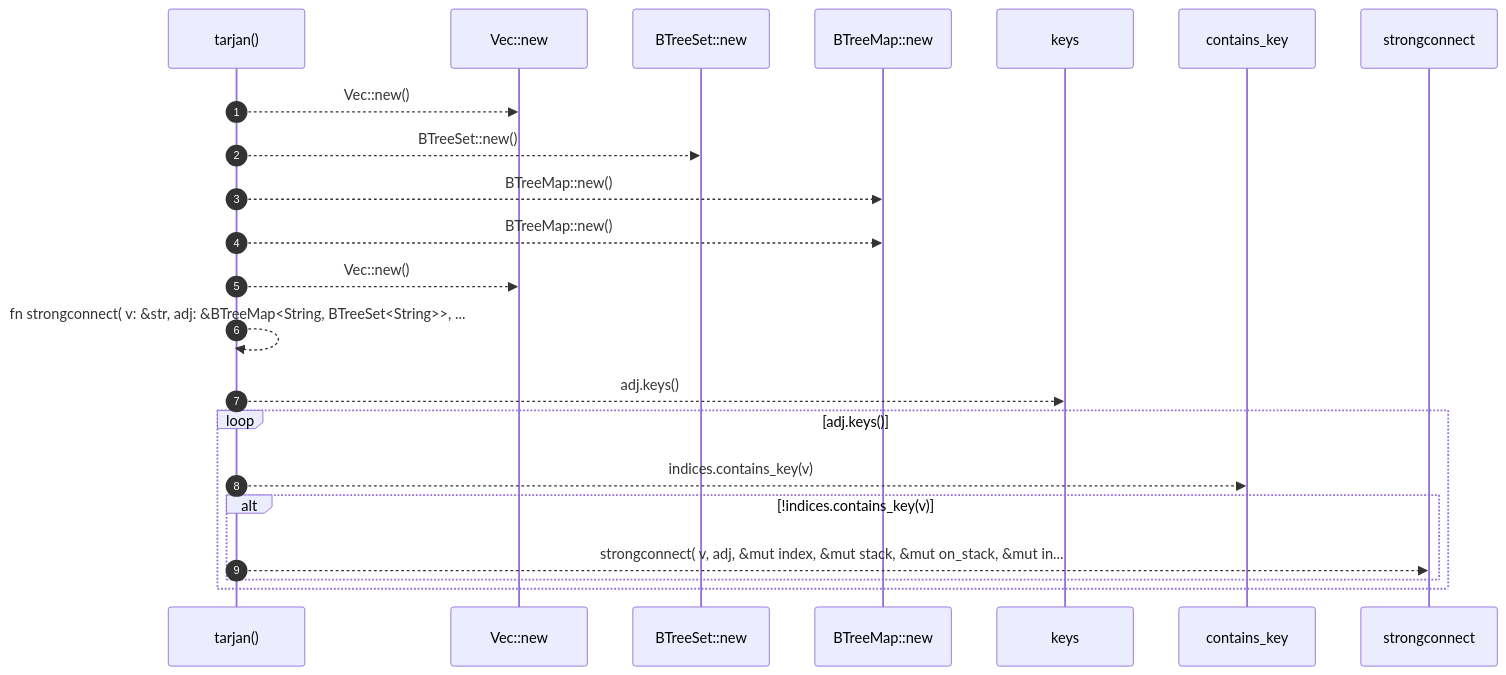
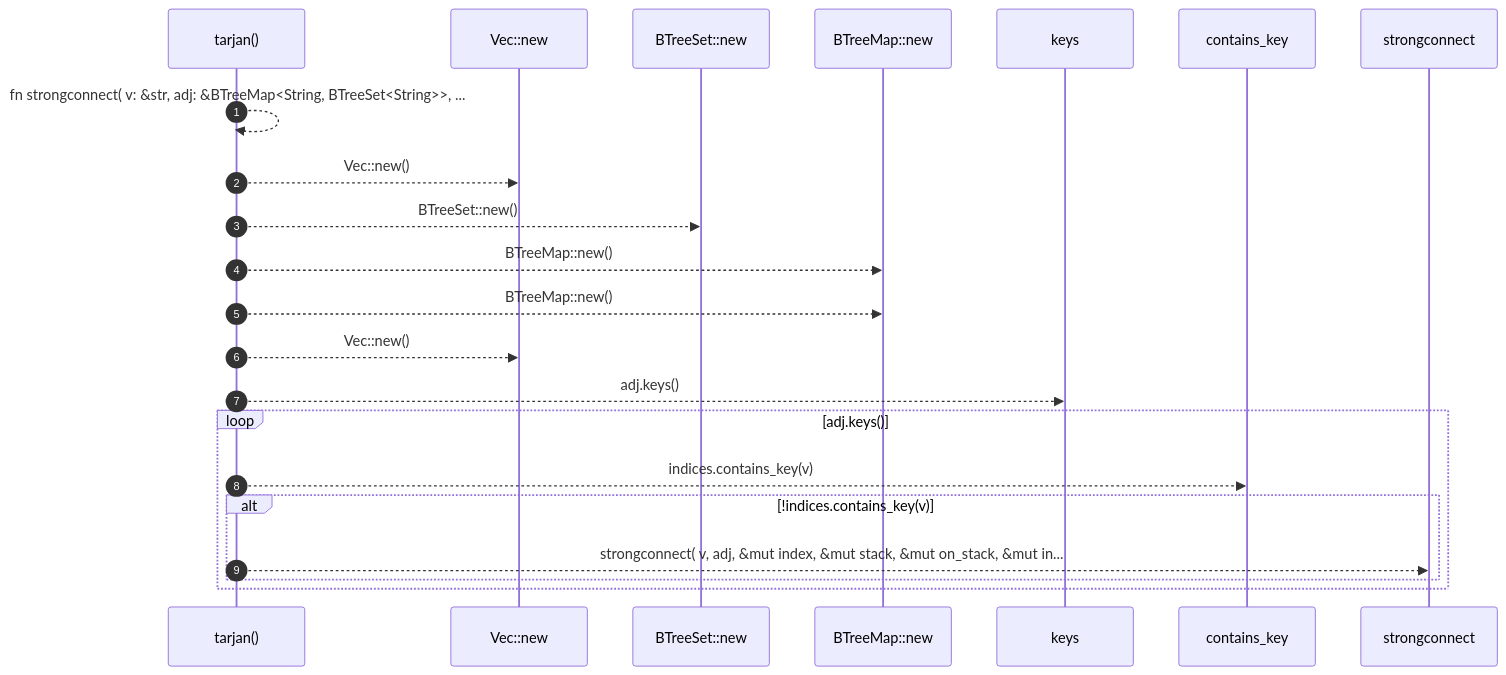
Before and after one commit to RyanGuild/self-describing-code: the diagram in docs/self-model/robby_render/view/deps/tarjan.md, drawn with Mermaid. The commit also changed other lines of this file and 747 other files, not shown here.

````diff
--- a/docs/self-model/robby_render/view/deps/tarjan.md
+++ b/docs/self-model/robby_render/view/deps/tarjan.md
@@ -85,24 +85,24 @@
 ```mermaid
 sequenceDiagram
     autonumber
     participant tarjan as tarjan()
     participant Vec__new as Vec::new
     participant BTreeSet__new as BTreeSet::new
     participant BTreeMap__new as BTreeMap::new
     participant keys as keys
     participant contains_key as contains_key
     participant strongconnect as strongconnect
+    tarjan-->>tarjan: fn strongconnect( v: &str, adj: &BTreeMap<String, BTreeSet<String>>, ...
     tarjan-->>Vec__new: Vec::new()
     tarjan-->>BTreeSet__new: BTreeSet::new()
     tarjan-->>BTreeMap__new: BTreeMap::new()
     tarjan-->>BTreeMap__new: BTreeMap::new()
     tarjan-->>Vec__new: Vec::new()
-    tarjan-->>tarjan: fn strongconnect( v: &str, adj: &BTreeMap<String, BTreeSet<String>>, ...
     tarjan-->>keys: adj.keys()
     loop adj.keys()
     tarjan-->>contains_key: indices.contains_key(v)
     alt !indices.contains_key(v)
     tarjan-->>strongconnect: strongconnect( v, adj, &mut index, &mut stack, &mut on_stack, &mut in...
     end
     end
 ```
````
